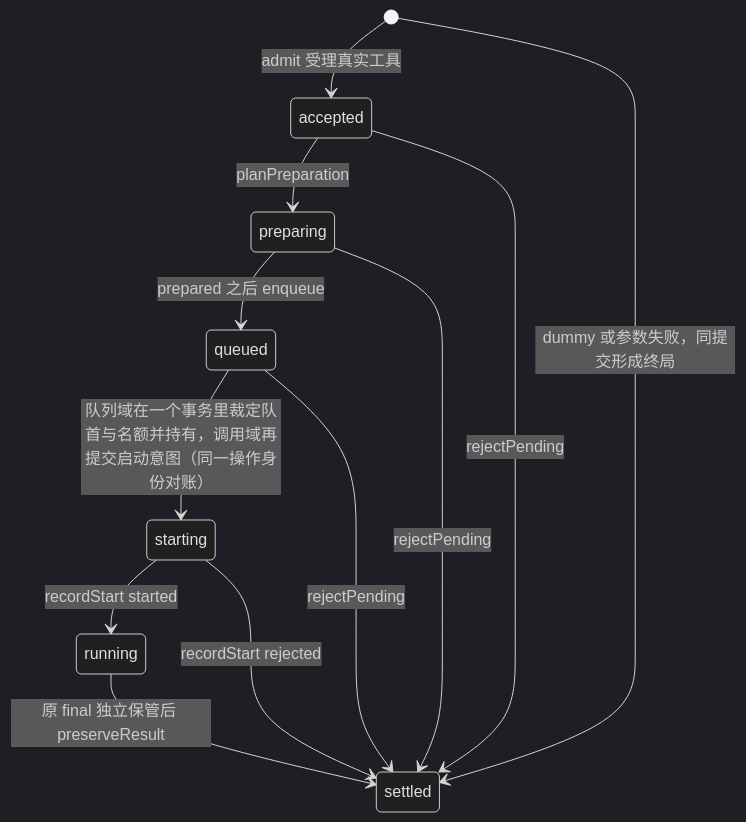
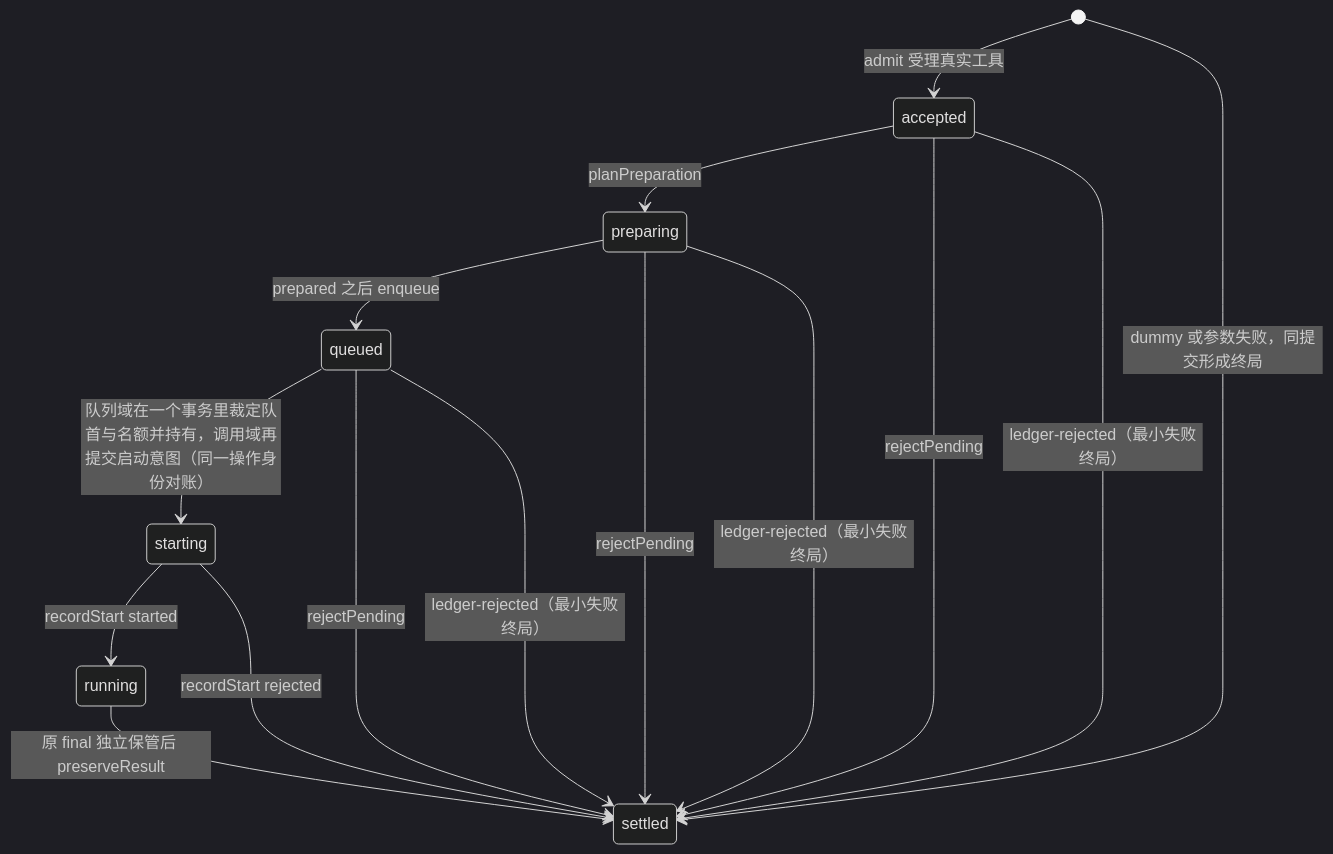
Before and after one commit to nemori-ai/omne-harness-lite: the second of 3 diagrams in packages/tool/tool/docs/object-model.md, drawn with Mermaid (dark theme). The commit also changed 3 other files, not shown here.

````diff
--- a/packages/tool/tool/docs/object-model.md
+++ b/packages/tool/tool/docs/object-model.md
@@ -127,14 +127,17 @@
 ```mermaid
 stateDiagram-v2
     [*] --> accepted: admit 受理真实工具
     [*] --> settled: dummy 或参数失败，同提交形成终局
     accepted --> preparing: planPreparation
     preparing --> queued: prepared 之后 enqueue
     queued --> starting: 队列域在一个事务里裁定队首与名额并持有，调用域再提交启动意图（同一操作身份对账）
     starting --> running: recordStart started
     running --> settled: 原 final 独立保管后 preserveResult
     starting --> settled: recordStart rejected
     accepted --> settled: rejectPending
     preparing --> settled: rejectPending
     queued --> settled: rejectPending
+    accepted --> settled: ledger-rejected（最小失败终局）
+    preparing --> settled: ledger-rejected（最小失败终局）
+    queued --> settled: ledger-rejected（最小失败终局）
 ```
````
